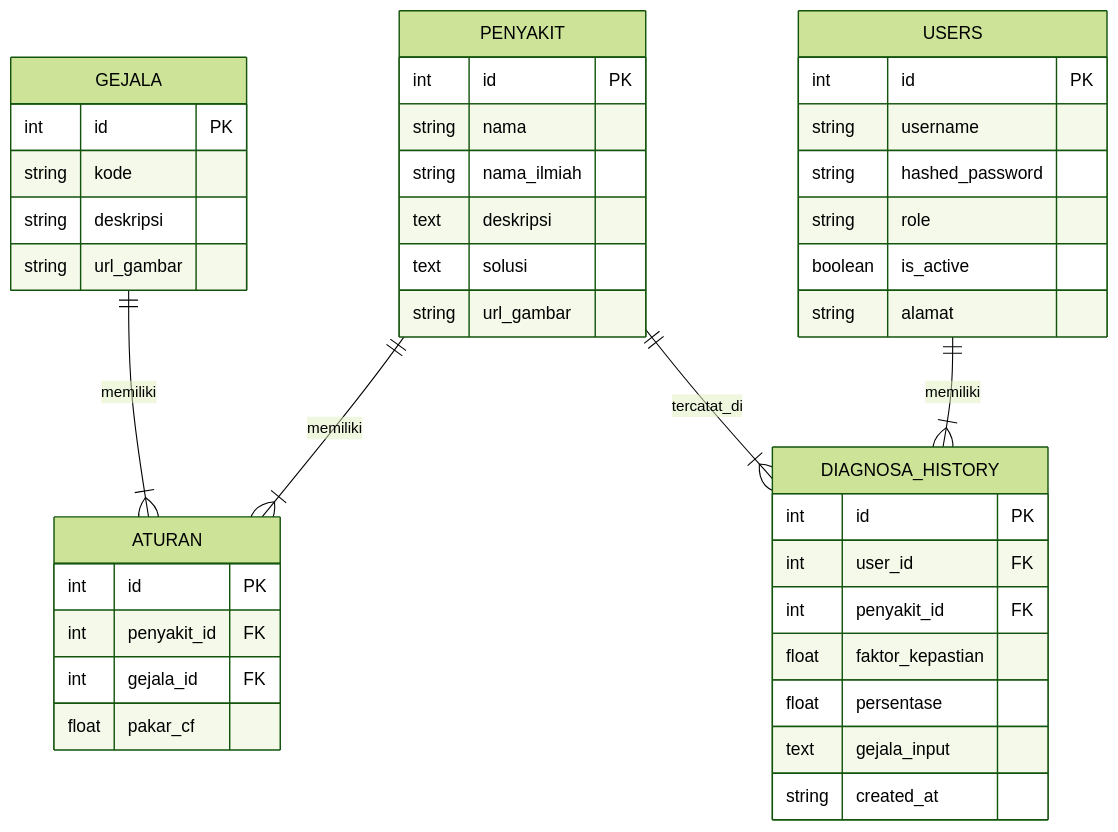
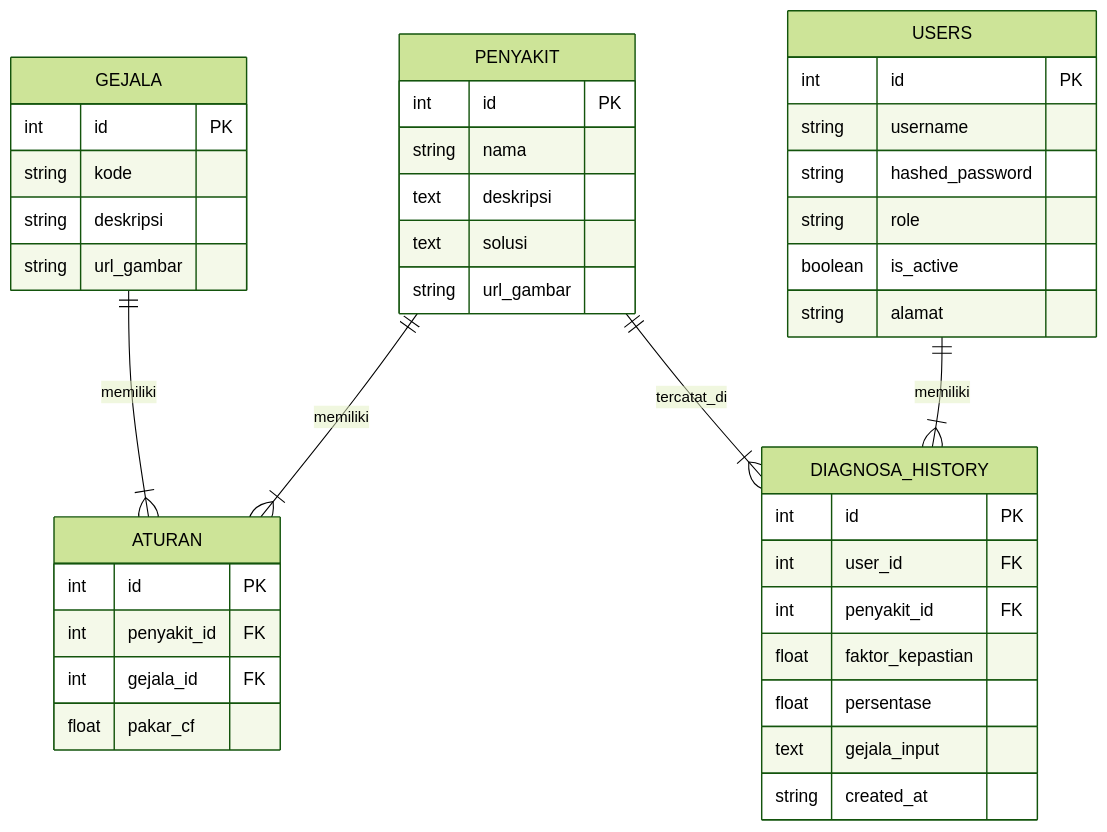
One commit to RajaSunrise/kangkungku changed the third of 7 diagrams in README.md. Above: the diagram before and after it, drawn with Mermaid (forest theme). The commit also changed other lines of this file and 51 other files, not shown here.

````diff
--- a/README.md
+++ b/README.md
@@ -76,49 +76,48 @@
 ```mermaid
 erDiagram
     PENYAKIT ||--|{ ATURAN : memiliki
     GEJALA ||--|{ ATURAN : memiliki
     USERS ||--|{ DIAGNOSA_HISTORY : memiliki
     PENYAKIT ||--|{ DIAGNOSA_HISTORY : tercatat_di
 
     PENYAKIT {
         int id PK
         string nama
-        string nama_ilmiah
         text deskripsi
         text solusi
         string url_gambar
     }
 
     GEJALA {
         int id PK
         string kode
         string deskripsi
         string url_gambar
     }
 
     ATURAN {
         int id PK
         int penyakit_id FK
         int gejala_id FK
         float pakar_cf
     }
 
     USERS {
         int id PK
         string username
         string hashed_password
         string role
         boolean is_active
         string alamat
     }
 
     DIAGNOSA_HISTORY {
         int id PK
         int user_id FK
         int penyakit_id FK
         float faktor_kepastian
         float persentase
         text gejala_input
         string created_at
     }
 ```
````
